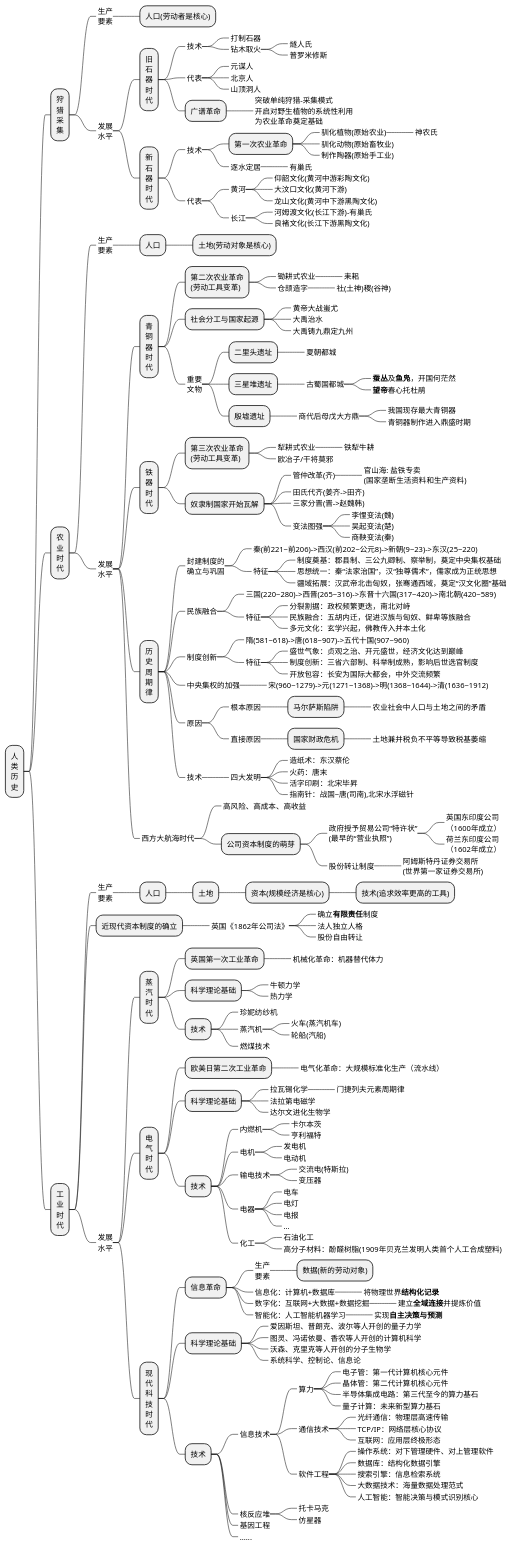
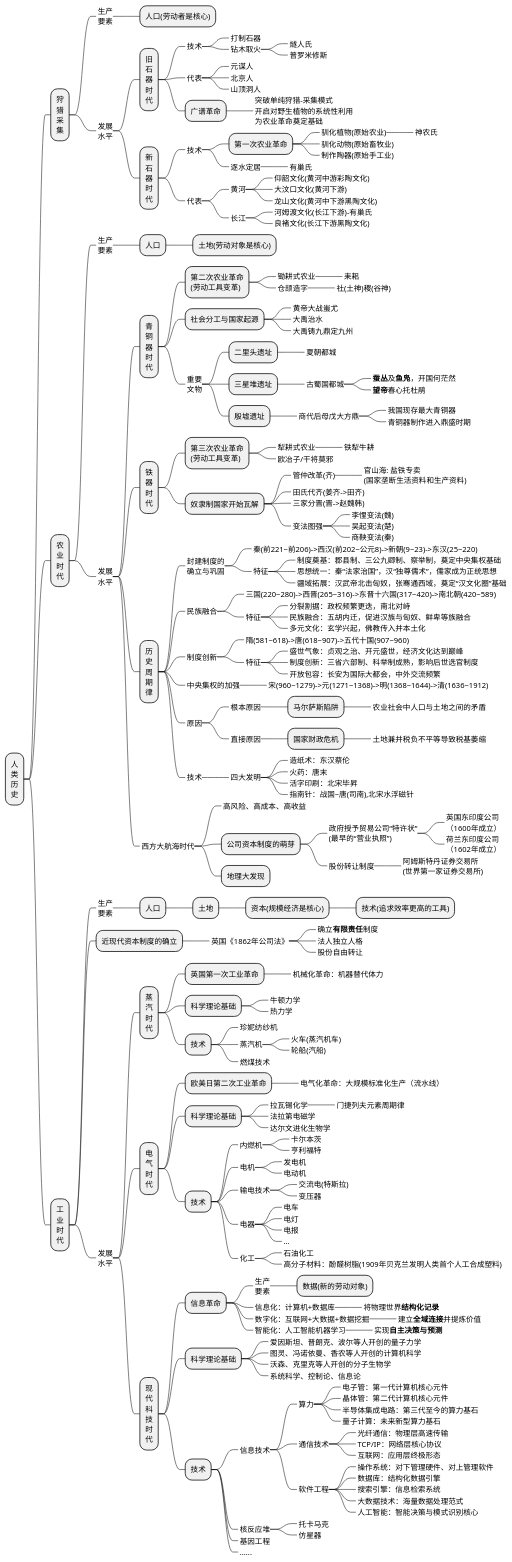
The first of 4 diagrams in source/_posts/economic/economic_and_history.md (holmofy/blog.hufeifei.cn), drawn with PlantUML before and after one commit.

```diff
--- a/source/_posts/economic/economic_and_history.md
+++ b/source/_posts/economic/economic_and_history.md
@@ -136,6 +136,7 @@
 +++++++_ 荷兰东印度公司\n（1602年成立）
 ++++++_ 股份转让制度
 +++++++_ 阿姆斯特丹证券交易所\n(世界第一家证券交易所)
++++++ 地理大发现
 ++ 工\n业\n时\n代
 +++_ 生产\n要素
 ++++ 人口
```
